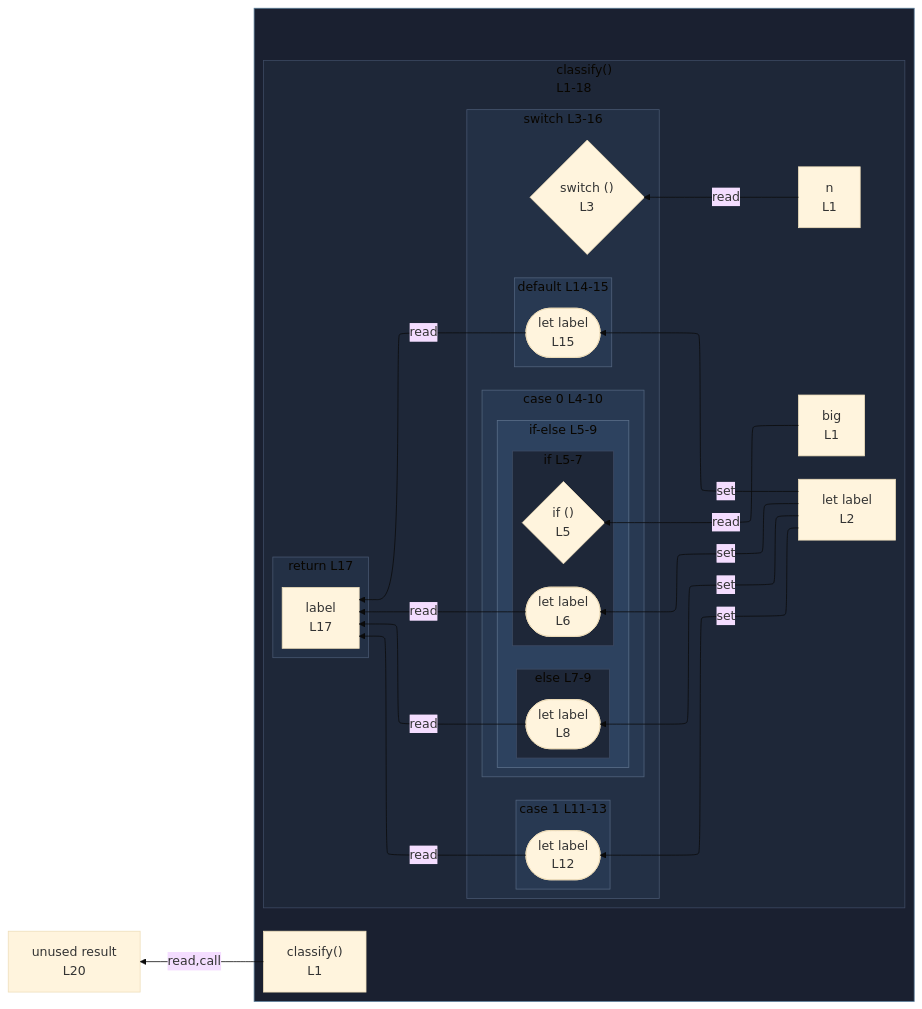
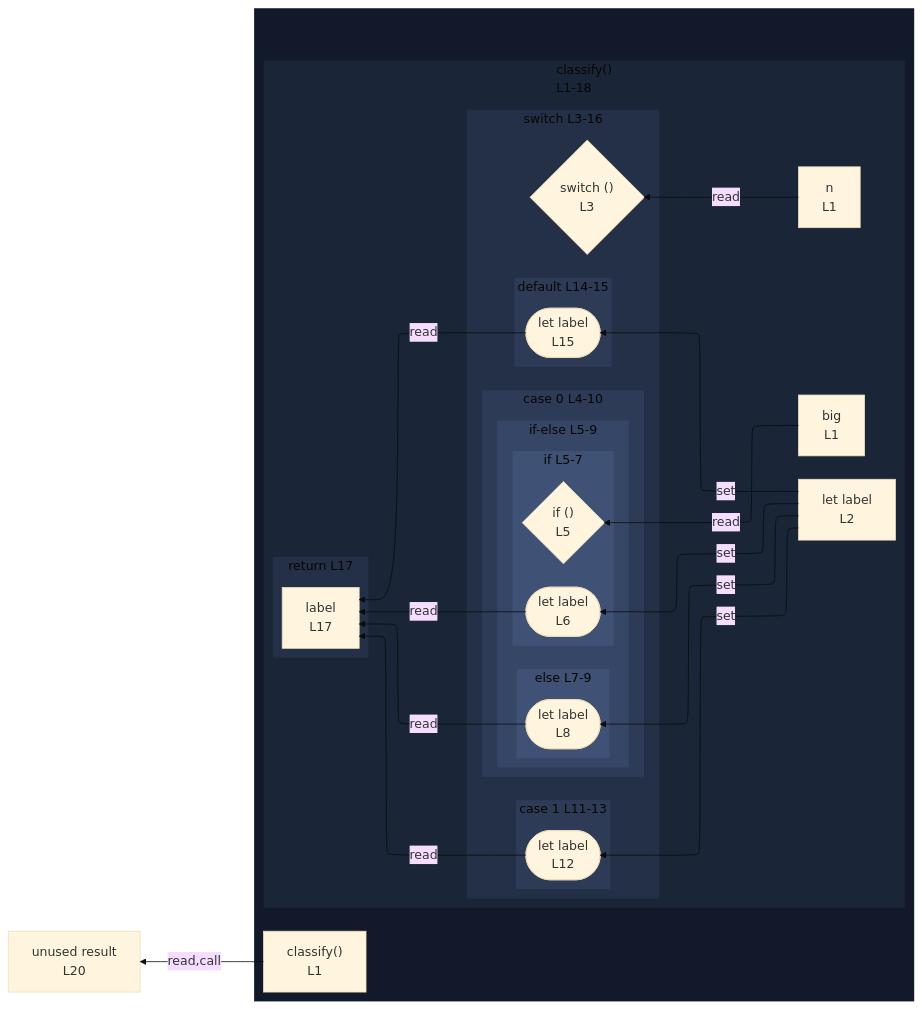
The diagram in integration/fixtures/switch-statement/with-inner-if/preview.md (crescware/unsnarl), drawn with Mermaid (base theme) before and after one commit. The commit also changed 263 other files, not shown here.

First line of the commit message:
Drop fnWrap class and color function wrappers via the nest palette

````diff
--- a/integration/fixtures/switch-statement/with-inner-if/preview.md
+++ b/integration/fixtures/switch-statement/with-inner-if/preview.md
@@ -30,72 +30,73 @@
 ```mermaid
 %%{init: {"flowchart": {"defaultRenderer": "elk"}}}%%
 flowchart RL
   n_scope_0_result_307["unused result<br/>L20"]
   subgraph wrap_s_scope_1[" "]
     direction TB
     n_scope_0_classify_9["classify()<br/>L1"]
     subgraph s_scope_1["classify()<br/>L1-18"]
       direction RL
       n_scope_1_n_18["n<br/>L1"]
       n_scope_1_big_29["big<br/>L1"]
       n_scope_1_label_51["let label<br/>L2"]
       subgraph s_scope_2["switch L3-16"]
         direction RL
         switch_discriminant_scope_1_60{"switch ()<br/>L3"}
         subgraph s_scope_3["case 0 L4-10"]
           direction RL
           subgraph cont_if_scope_3_91["if-else L5-9"]
             direction RL
             subgraph s_scope_4["if L5-7"]
               direction RL
               if_test_scope_3_91{"if ()<br/>L5"}
               wr_ref_2(["let label<br/>L6"])
             end
             subgraph s_scope_5["else L7-9"]
               direction RL
               wr_ref_3(["let label<br/>L8"])
             end
           end
         end
         subgraph s_scope_6["case 1 L11-13"]
           direction RL
           wr_ref_4(["let label<br/>L12"])
         end
         subgraph s_scope_7["default L14-15"]
           direction RL
           wr_ref_5(["let label<br/>L15"])
         end
       end
       subgraph s_return_scope_0_classify_9_284_297["return L17"]
         direction RL
         ret_use_ref_6["label<br/>L17"]
       end
     end
   end
   n_scope_1_label_51 -->|set| wr_ref_2
   n_scope_1_label_51 -->|set| wr_ref_3
   n_scope_1_label_51 -->|set| wr_ref_4
   n_scope_1_label_51 -->|set| wr_ref_5
   n_scope_1_n_18 -->|read| switch_discriminant_scope_1_60
   n_scope_1_big_29 -->|read| if_test_scope_3_91
   wr_ref_2 -->|read| ret_use_ref_6
   wr_ref_3 -->|read| ret_use_ref_6
   wr_ref_4 -->|read| ret_use_ref_6
   wr_ref_5 -->|read| ret_use_ref_6
   n_scope_0_classify_9 -->|read,call| n_scope_0_result_307
-  classDef fnWrap fill:#1a2030,stroke:#5a7d99;
-  class wrap_s_scope_1 fnWrap;
-  classDef nestL1 fill:#1e2738,stroke:#3d4a63;
-  class s_scope_1 nestL1;
-  class s_scope_4 nestL1;
-  class s_scope_5 nestL1;
-  classDef nestL2 fill:#233045,stroke:#475670;
-  class s_scope_2 nestL2;
-  class s_return_scope_0_classify_9_284_297 nestL2;
-  classDef nestL3 fill:#283952,stroke:#51637d;
-  class s_scope_3 nestL3;
-  class s_scope_6 nestL3;
-  class s_scope_7 nestL3;
-  classDef nestL4 fill:#2d425f,stroke:#5b708a;
-  class cont_if_scope_3_91 nestL4;
+  classDef nestL1 fill:#11192a,stroke:transparent;
+  class wrap_s_scope_1 nestL1;
+  classDef nestL2 fill:#1a2538,stroke:transparent;
+  class s_scope_1 nestL2;
+  classDef nestL3 fill:#243047,stroke:transparent;
+  class s_scope_2 nestL3;
+  class s_return_scope_0_classify_9_284_297 nestL3;
+  classDef nestL4 fill:#2d3b57,stroke:transparent;
+  class s_scope_3 nestL4;
+  class s_scope_6 nestL4;
+  class s_scope_7 nestL4;
+  classDef nestL5 fill:#364666,stroke:transparent;
+  class cont_if_scope_3_91 nestL5;
+  classDef nestL6 fill:#3f5175,stroke:transparent;
+  class s_scope_4 nestL6;
+  class s_scope_5 nestL6;
 ```
````
